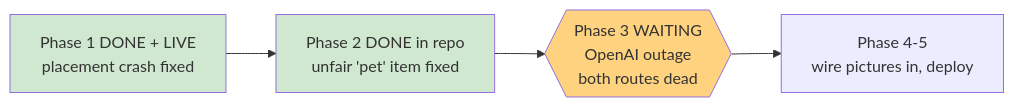
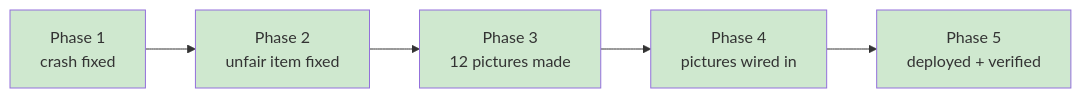
One commit to dkreinov/magic-clinic-english changed the diagram in .oplan/placement-fix-and-art/STATUS.md. Above: the diagram before and after it, drawn with Mermaid. The commit also changed other lines of this file and 1 other file, not shown here.

Commit message:
oplan: placement-fix-and-art RUN CLOSED — live and verified

````diff
--- a/.oplan/placement-fix-and-art/STATUS.md
+++ b/.oplan/placement-fix-and-art/STATUS.md
@@ -11,10 +9,12 @@
 ```mermaid
 flowchart LR
-    P1[Phase 1 DONE + LIVE<br/>placement crash fixed] --> P2
-    P2[Phase 2 DONE in repo<br/>unfair 'pet' item fixed] --> P3
-    P3{{Phase 3 WAITING<br/>OpenAI outage<br/>both routes dead}}
-    P3 --> P4[Phase 4-5<br/>wire pictures in, deploy]
+    P1[Phase 1<br/>crash fixed] --> P2[Phase 2<br/>unfair item fixed]
+    P2 --> P3[Phase 3<br/>12 pictures made]
+    P3 --> P4[Phase 4<br/>pictures wired in]
+    P4 --> P5[Phase 5<br/>deployed + verified]
     style P1 fill:#cfe8cf
     style P2 fill:#cfe8cf
-    style P3 fill:#ffd27f
+    style P3 fill:#cfe8cf
+    style P4 fill:#cfe8cf
+    style P5 fill:#cfe8cf
 ```
````
